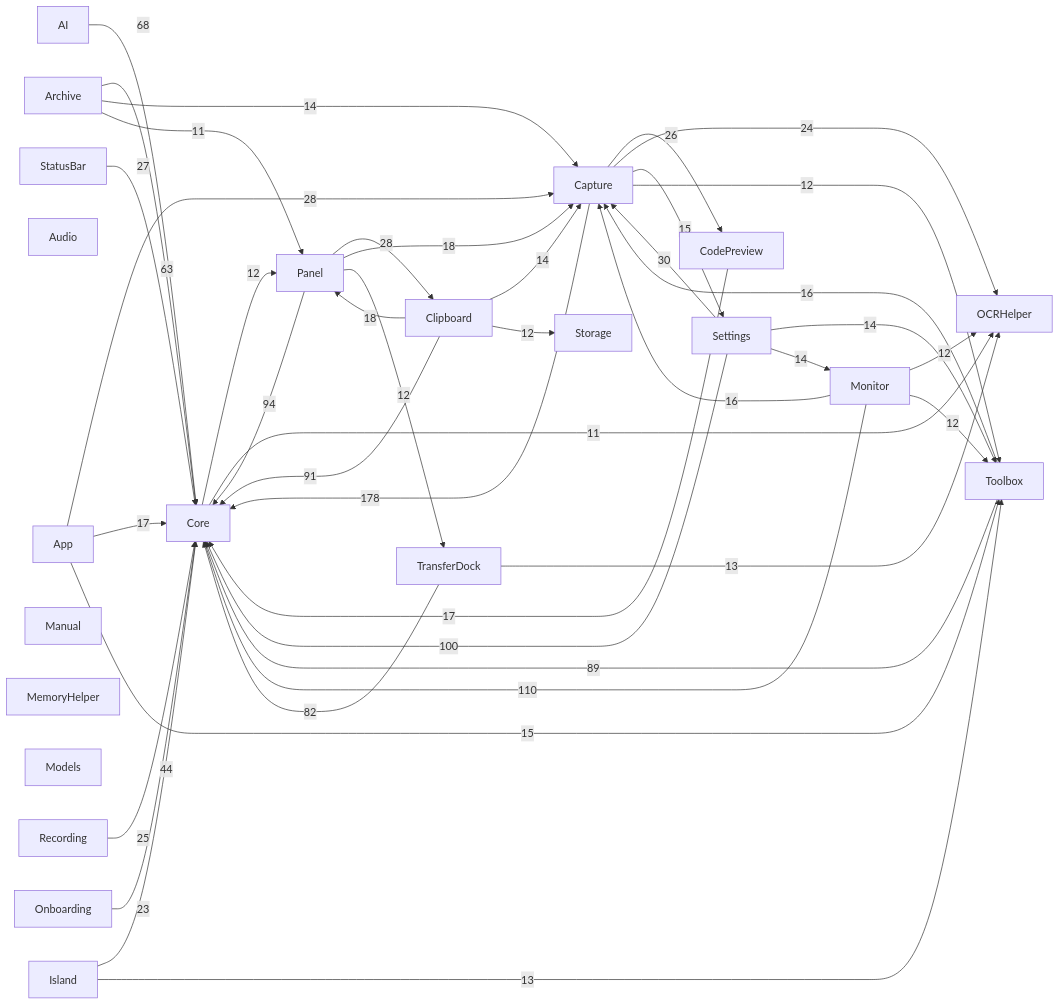
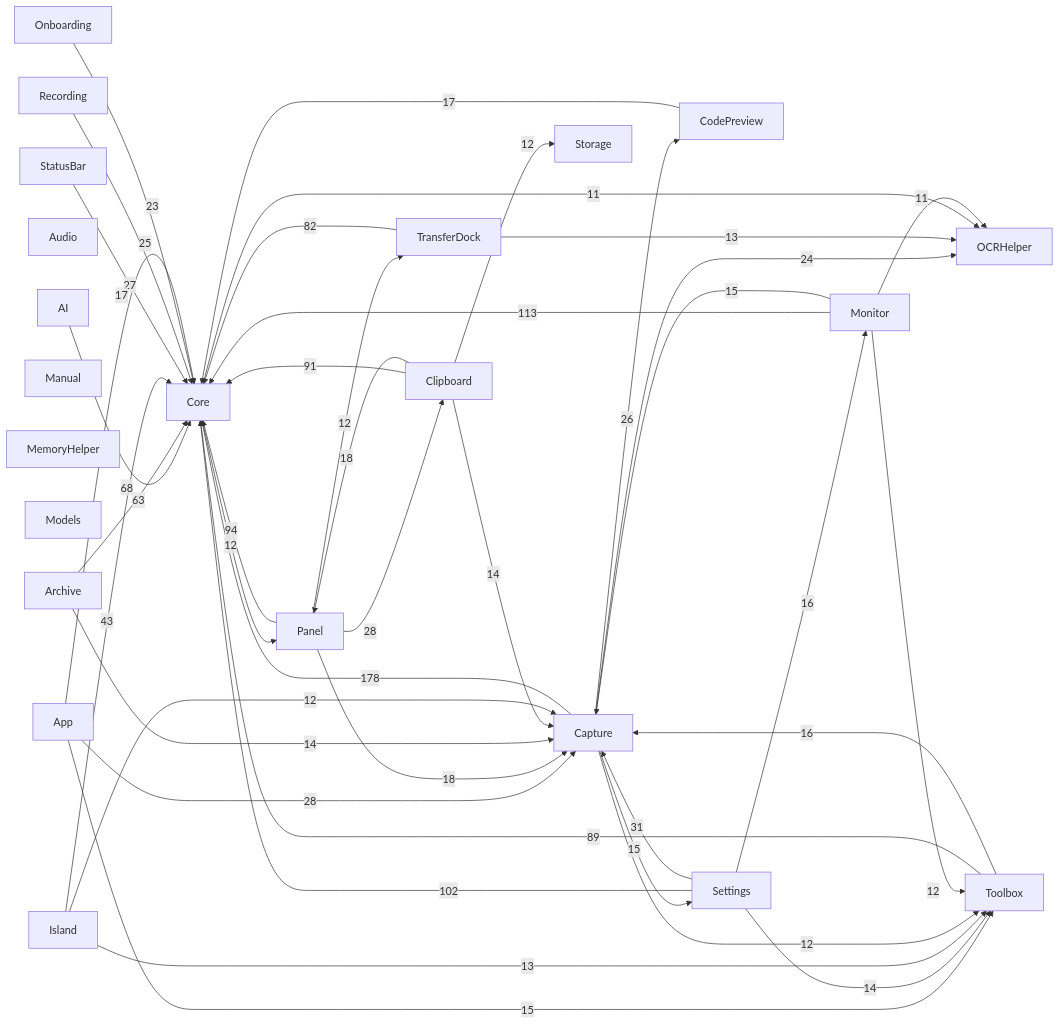
Before and after one commit to sxyq/Kitnest: the diagram in docs/00-总览/模块依赖图.md, drawn with Mermaid. The commit also changed other lines of this file and 4 other files, not shown here.

````diff
--- a/docs/00-总览/模块依赖图.md
+++ b/docs/00-总览/模块依赖图.md
@@ -36,65 +36,65 @@
 ```mermaid
 flowchart LR
   M0["AI"]
   M1["App"]
   M2["Archive"]
   M3["Audio"]
   M4["Capture"]
   M5["Clipboard"]
   M6["CodePreview"]
   M7["Core"]
   M8["Island"]
   M9["Manual"]
   M10["MemoryHelper"]
   M11["Models"]
   M12["Monitor"]
   M13["OCRHelper"]
   M14["Onboarding"]
   M15["Panel"]
   M16["Recording"]
   M17["Settings"]
   M18["StatusBar"]
   M19["Storage"]
   M20["Toolbox"]
   M21["TransferDock"]
   M4 -->|178| M7
-  M12 -->|110| M7
-  M17 -->|100| M7
+  M12 -->|113| M7
+  M17 -->|102| M7
   M15 -->|94| M7
   M5 -->|91| M7
   M20 -->|89| M7
   M21 -->|82| M7
   M0 -->|68| M7
   M2 -->|63| M7
-  M8 -->|44| M7
-  M17 -->|30| M4
+  M8 -->|43| M7
+  M17 -->|31| M4
   M1 -->|28| M4
   M15 -->|28| M5
   M18 -->|27| M7
   M4 -->|26| M6
   M16 -->|25| M7
   M4 -->|24| M13
   M14 -->|23| M7
   M15 -->|18| M4
   M5 -->|18| M15
   M1 -->|17| M7
   M6 -->|17| M7
-  M12 -->|16| M4
+  M17 -->|16| M12
   M20 -->|16| M4
   M1 -->|15| M20
   M4 -->|15| M17
+  M12 -->|15| M4
   M17 -->|14| M20
-  M17 -->|14| M12
   M2 -->|14| M4
   M5 -->|14| M4
   M8 -->|13| M20
   M21 -->|13| M13
   M7 -->|12| M15
   M4 -->|12| M20
-  M12 -->|12| M13
   M12 -->|12| M20
   M15 -->|12| M21
+  M8 -->|12| M4
   M5 -->|12| M19
   M7 -->|11| M13
-  M2 -->|11| M15
+  M12 -->|11| M13
 ```
````
